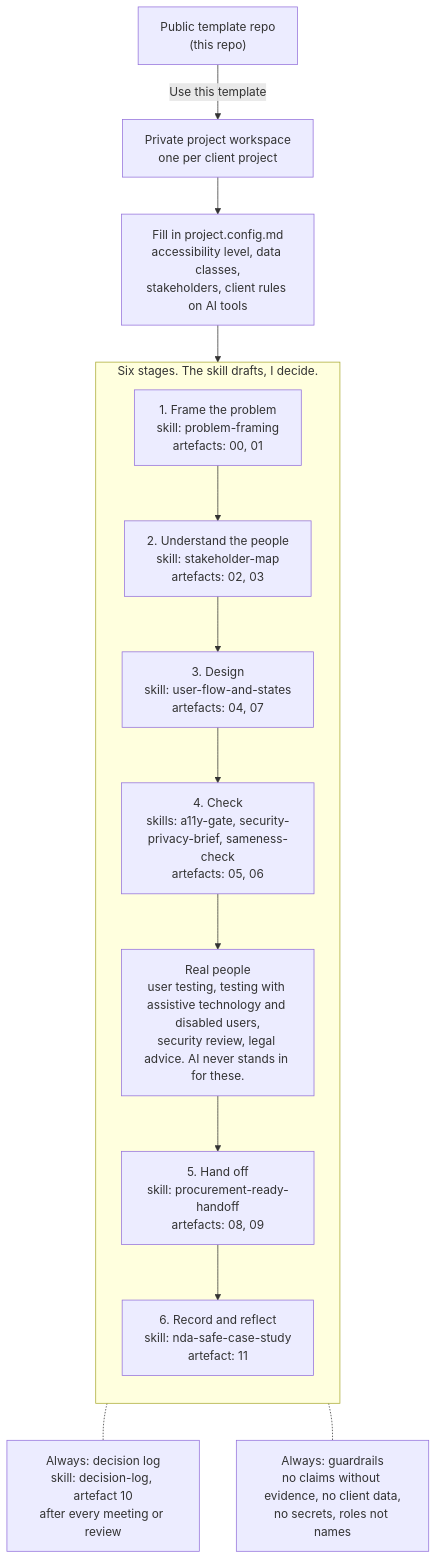
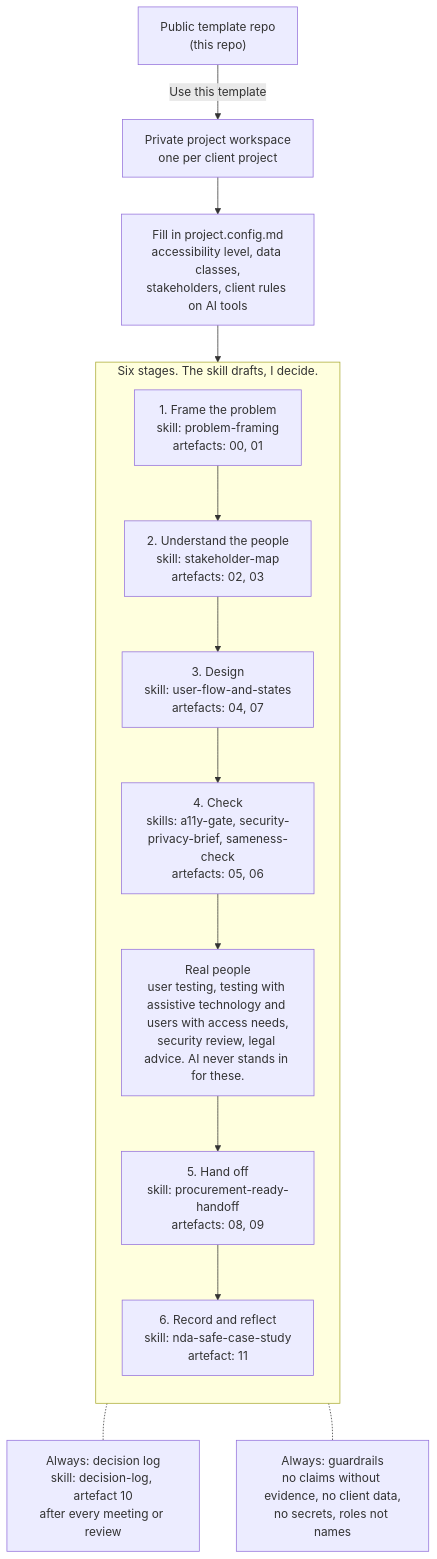
One commit to beritalasmaki/project-set-up-template changed the diagram in README.md. Above: the diagram before and after it, drawn with Mermaid. The commit also changed other lines of this file and 9 other files, not shown here.

First line of the commit message:
Use "users with access needs" in the English docs

````diff
--- a/README.md
+++ b/README.md
@@ -21,21 +21,21 @@
 ```mermaid
 flowchart TD
     T["Public template repo<br/>(this repo)"] -->|"Use this template"| W["Private project workspace<br/>one per client project"]
     W --> C["Fill in project.config.md<br/>accessibility level, data classes,<br/>stakeholders, client rules on AI tools"]
     C --> STAGES
 
     subgraph STAGES["Six stages. The skill drafts, I decide."]
         direction TB
         S1["1. Frame the problem<br/>skill: problem-framing<br/>artefacts: 00, 01"]
         S2["2. Understand the people<br/>skill: stakeholder-map<br/>artefacts: 02, 03"]
         S3["3. Design<br/>skill: user-flow-and-states<br/>artefacts: 04, 07"]
         S4["4. Check<br/>skills: a11y-gate, security-privacy-brief, sameness-check<br/>artefacts: 05, 06"]
-        RP["Real people<br/>user testing, testing with assistive technology and disabled users,<br/>security review, legal advice. AI never stands in for these."]
+        RP["Real people<br/>user testing, testing with assistive technology and users with access needs,<br/>security review, legal advice. AI never stands in for these."]
         S5["5. Hand off<br/>skill: procurement-ready-handoff<br/>artefacts: 08, 09"]
         S6["6. Record and reflect<br/>skill: nda-safe-case-study<br/>artefact: 11"]
         S1 --> S2 --> S3 --> S4 --> RP --> S5 --> S6
     end
 
     STAGES -.- D["Always: decision log<br/>skill: decision-log, artefact 10<br/>after every meeting or review"]
     STAGES -.- G["Always: guardrails<br/>no claims without evidence, no client data,<br/>no secrets, roles not names"]
 ```
````
